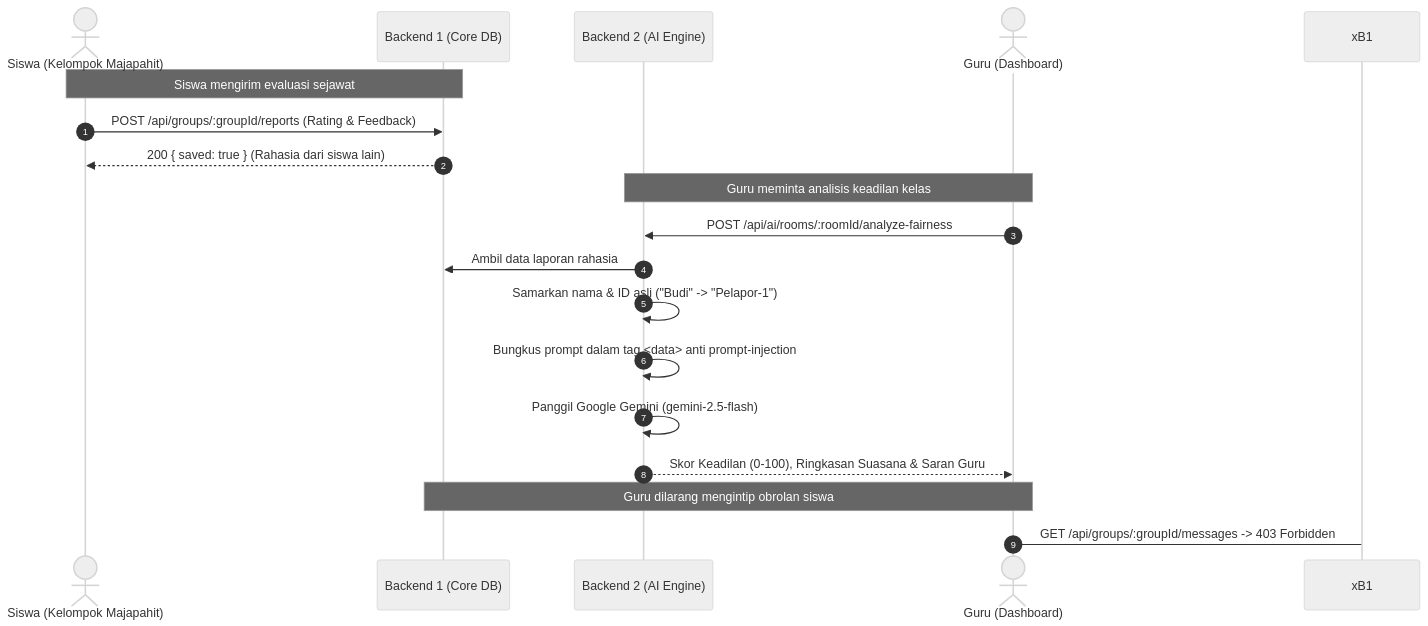
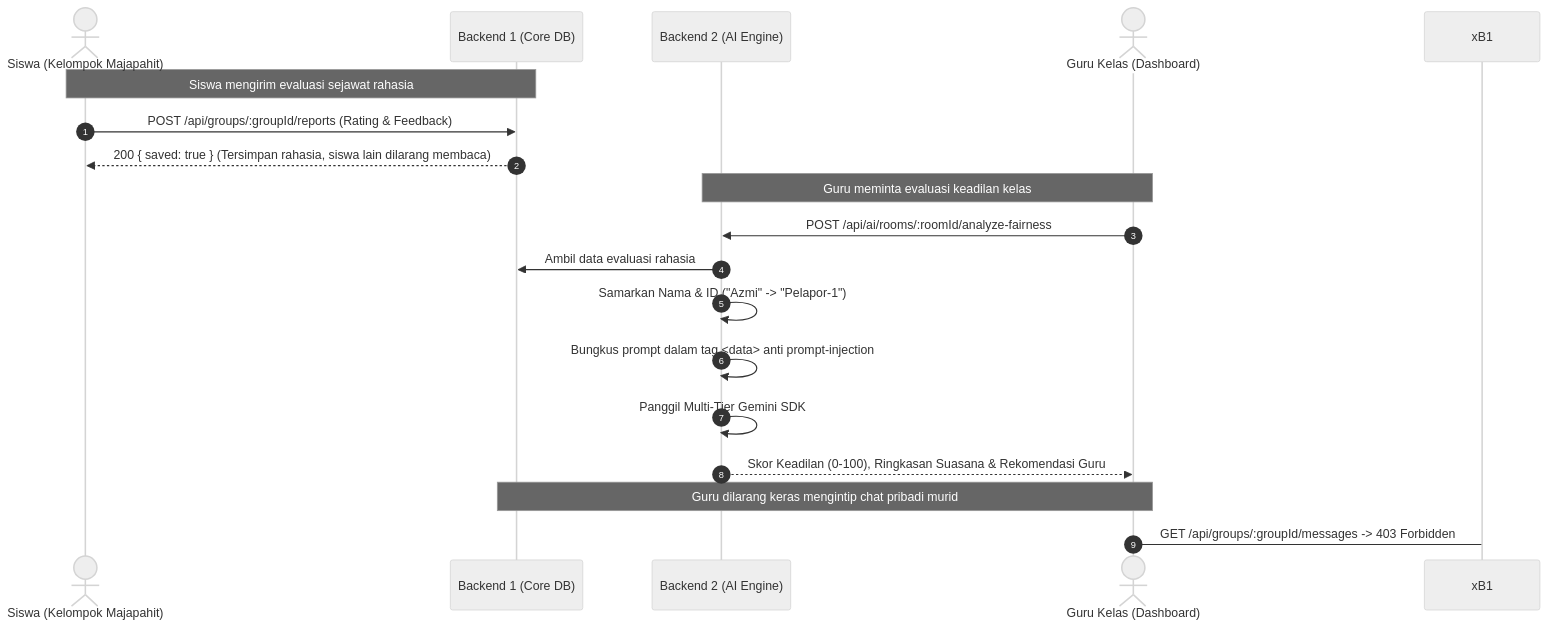
Before and after one commit to HAYKALAB/kelompok-adil: the third of 3 diagrams in README.md, drawn with Mermaid (neutral theme). The commit also changed other lines of this file and 1 other file, not shown here.

Commit message:
docs: update README.md for LOGICODIX 2026 guidebook criteria and implement multi-tier AI fallback

````diff
--- a/README.md
+++ b/README.md
@@ -94,23 +133,23 @@
 ```mermaid
 sequenceDiagram
     autonumber
     actor Siswa as Siswa (Kelompok Majapahit)
     participant B1 as Backend 1 (Core DB)
     participant B2 as Backend 2 (AI Engine)
-    actor Guru as Guru (Dashboard)
+    actor Guru as Guru Kelas (Dashboard)
 
-    Note over Siswa,B1: Siswa mengirim evaluasi sejawat
+    Note over Siswa,B1: Siswa mengirim evaluasi sejawat rahasia
     Siswa->>B1: POST /api/groups/:groupId/reports (Rating & Feedback)
-    B1-->>Siswa: 200 { saved: true } (Rahasia dari siswa lain)
+    B1-->>Siswa: 200 { saved: true } (Tersimpan rahasia, siswa lain dilarang membaca)
 
-    Note over Guru,B2: Guru meminta analisis keadilan kelas
+    Note over Guru,B2: Guru meminta evaluasi keadilan kelas
     Guru->>B2: POST /api/ai/rooms/:roomId/analyze-fairness
-    B2->>B1: Ambil data laporan rahasia
-    B2->>B2: Samarkan nama & ID asli ("Budi" -> "Pelapor-1")
+    B2->>B1: Ambil data evaluasi rahasia
+    B2->>B2: Samarkan Nama & ID ("Azmi" -> "Pelapor-1")
     B2->>B2: Bungkus prompt dalam tag <data> anti prompt-injection
-    B2->>B2: Panggil Google Gemini (gemini-2.5-flash)
-    B2-->>Guru: Skor Keadilan (0-100), Ringkasan Suasana & Saran Guru
+    B2->>B2: Panggil Multi-Tier Gemini SDK
+    B2-->>Guru: Skor Keadilan (0-100), Ringkasan Suasana & Rekomendasi Guru
 
-    Note over Guru,B1: Guru dilarang mengintip obrolan siswa
+    Note over Guru,B1: Guru dilarang keras mengintip chat pribadi murid
     Guru->xB1: GET /api/groups/:groupId/messages -> 403 Forbidden
 ```
````
